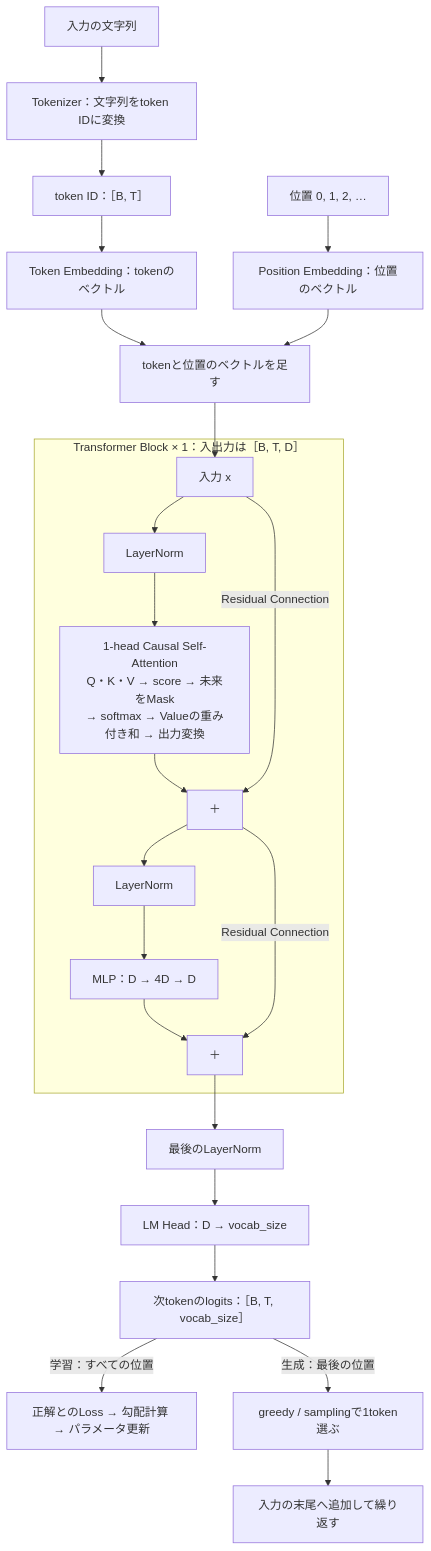
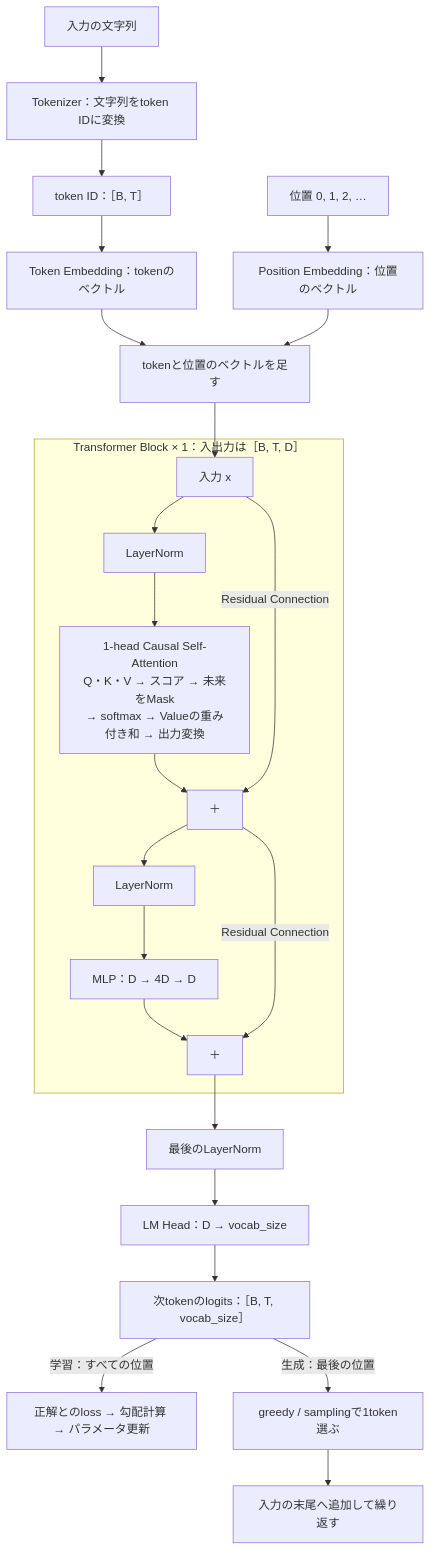
Before and after one commit to shibayu36/learn-llm: the first of 3 diagrams in docs/part1.md, drawn with Mermaid. The commit also changed other lines of this file and 8 other files, not shown here.

````diff
--- a/docs/part1.md
+++ b/docs/part1.md
@@ -7,26 +7,26 @@
 ```mermaid
 flowchart TD
     text["入力の文字列"] --> tokenizer["Tokenizer：文字列をtoken IDに変換"]
     tokenizer --> ids["token ID：［B, T］"]
     ids --> token["Token Embedding：tokenのベクトル"]
     position["位置 0, 1, 2, …"] --> pos["Position Embedding：位置のベクトル"]
     token --> add["tokenと位置のベクトルを足す"]
     pos --> add
     add --> x
     subgraph block["Transformer Block × 1：入出力は［B, T, D］"]
         x["入力 x"] --> norm1["LayerNorm"]
-        norm1 --> attention["1-head Causal Self-Attention<br/>Q・K・V → score → 未来をMask<br/>→ softmax → Valueの重み付き和 → 出力変換"]
+        norm1 --> attention["1-head Causal Self-Attention<br/>Q・K・V → スコア → 未来をMask<br/>→ softmax → Valueの重み付き和 → 出力変換"]
         attention --> sum1["＋"]
         x -->|"Residual Connection"| sum1
         sum1 --> norm2["LayerNorm"]
         norm2 --> mlp["MLP：D → 4D → D"]
         mlp --> sum2["＋"]
         sum1 -->|"Residual Connection"| sum2
     end
     sum2 --> finalnorm["最後のLayerNorm"]
     finalnorm --> head["LM Head：D → vocab_size"]
     head --> logits["次tokenのlogits：［B, T, vocab_size］"]
-    logits -->|"学習：すべての位置"| loss["正解とのLoss → 勾配計算 → パラメータ更新"]
+    logits -->|"学習：すべての位置"| loss["正解とのloss → 勾配計算 → パラメータ更新"]
     logits -->|"生成：最後の位置"| select["greedy / samplingで1token選ぶ"]
     select --> append["入力の末尾へ追加して繰り返す"]
 ```
````
